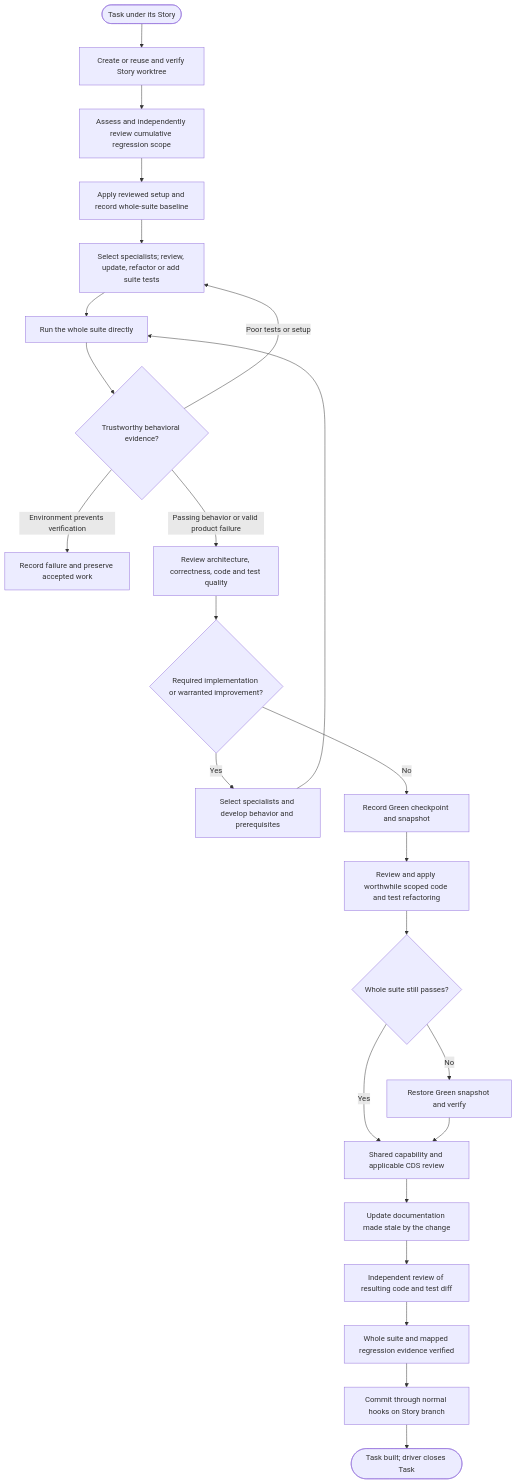
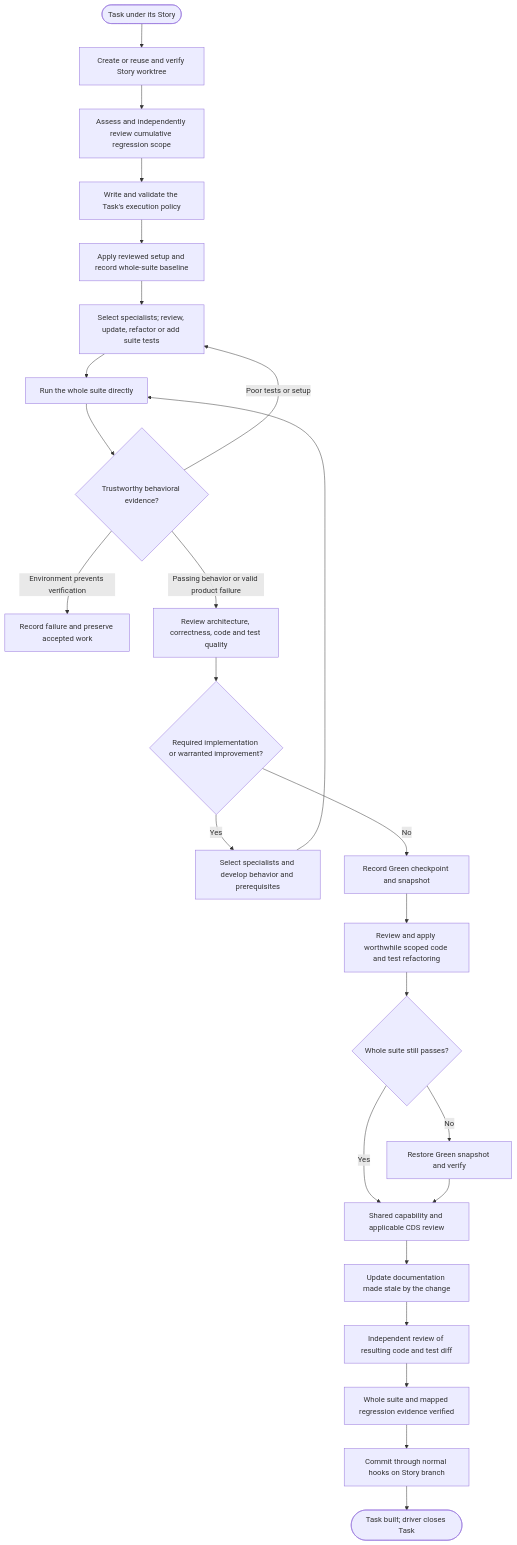
The diagram in plugins/agent-teams-workforce/blueprint/design/pipelines-build.md (mark-satterfield/toolset), drawn with Mermaid before and after one commit. The commit also changed other lines of this file and 14 other files, not shown here.

First line of the commit message:
perf(build): follow an accepted execution policy and reuse identical suite evidence

````diff
--- a/plugins/agent-teams-workforce/blueprint/design/pipelines-build.md
+++ b/plugins/agent-teams-workforce/blueprint/design/pipelines-build.md
@@ -65,26 +65,27 @@
 ```mermaid
 flowchart TD
     start([Task under its Story]) --> workspace[Create or reuse and verify Story worktree]
     workspace --> scope[Assess and independently review cumulative regression scope]
-    scope --> setup[Apply reviewed setup and record whole-suite baseline]
+    scope --> policy[Write and validate the Task's execution policy]
+    policy --> setup[Apply reviewed setup and record whole-suite baseline]
     setup --> tests[Select specialists; review, update, refactor or add suite tests]
     tests --> suite[Run the whole suite directly]
     suite --> judgment{Trustworthy behavioral evidence?}
     judgment -->|Poor tests or setup| tests
     judgment -->|Environment prevents verification| stop[Record failure and preserve accepted work]
     judgment -->|Passing behavior or valid product failure| review[Review architecture, correctness, code and test quality]
     review --> needed{Required implementation or warranted improvement?}
     needed -->|Yes| code[Select specialists and develop behavior and prerequisites]
     code --> suite
     needed -->|No| checkpoint[Record Green checkpoint and snapshot]
     checkpoint --> refactor[Review and apply worthwhile scoped code and test refactoring]
     refactor --> regression{Whole suite still passes?}
     regression -->|No| restore[Restore Green snapshot and verify]
     regression -->|Yes| audits[Shared capability and applicable CDS review]
     restore --> audits
     audits --> docs[Update documentation made stale by the change]
     docs --> finalreview[Independent review of resulting code and test diff]
     finalreview --> final[Whole suite and mapped regression evidence verified]
     final --> commit[Commit through normal hooks on Story branch]
     commit --> done([Task built; driver closes Task])
 ```
````
